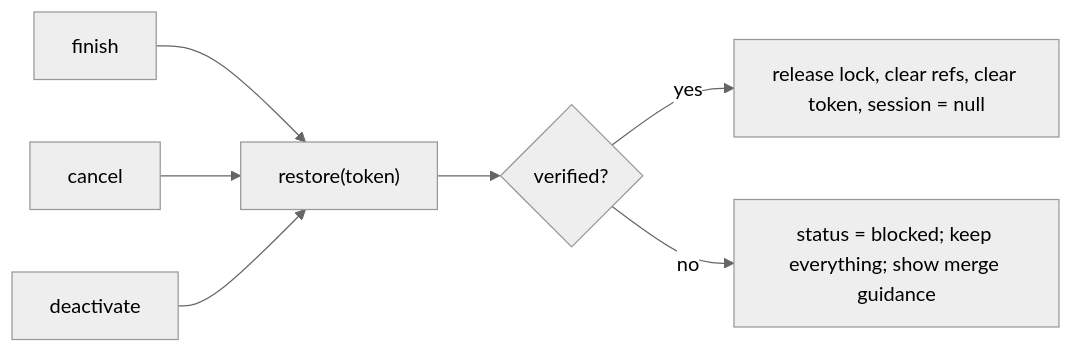
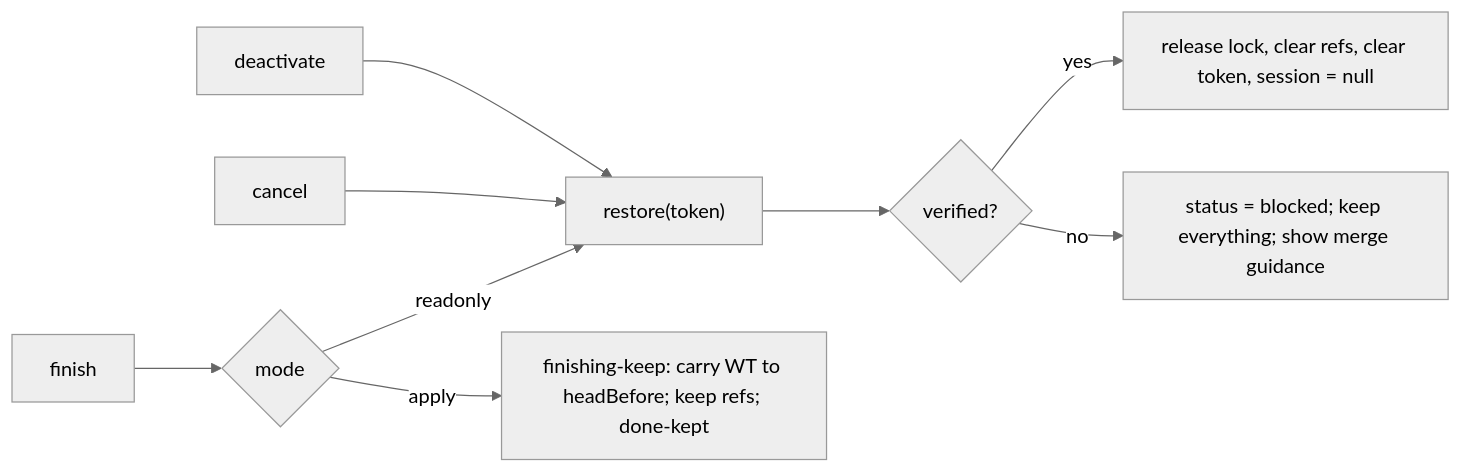
Before and after one commit to artalar/review-guider: the sixth of 8 diagrams in work-docs/architecture/overview.md, drawn with Mermaid (neutral theme). The commit also changed other lines of this file and 85 other files, not shown here.

````diff
--- a/work-docs/architecture/overview.md
+++ b/work-docs/architecture/overview.md
@@ -501,9 +511,11 @@
 ```mermaid
 flowchart LR
-  F["finish"] --> R["restore(token)"]
+  F["finish"] --> M{mode}
+  M -->|readonly| R["restore(token)"]
+  M -->|apply| K["finishing-keep: carry WT to headBefore; keep refs; done-kept"]
   C["cancel"] --> R
   D["deactivate"] --> R
   R --> OK{verified?}
   OK -->|yes| N["release lock, clear refs, clear token, session = null"]
   OK -->|no| W["status = blocked; keep everything; show merge guidance"]
 ```
````
